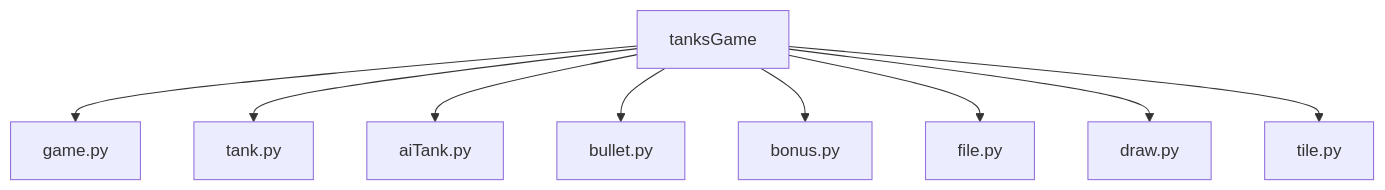
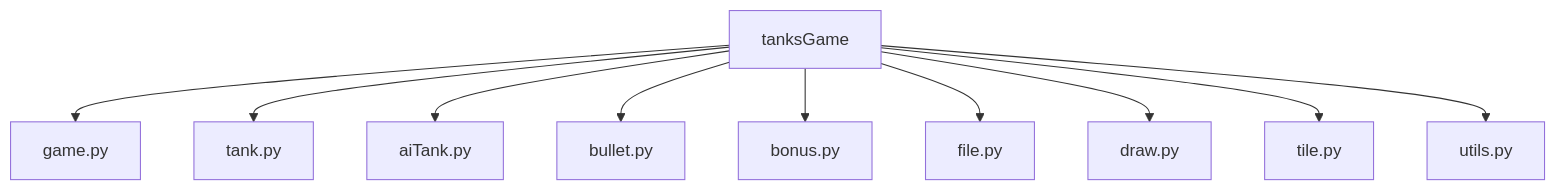
The first of 3 diagrams in src/freegames/tanksGame/README.md (rzymski/TanksBattleGame), drawn with Mermaid before and after one commit. The commit also changed other lines of this file and 6 other files, not shown here.

````diff
--- a/src/freegames/tanksGame/README.md
+++ b/src/freegames/tanksGame/README.md
@@ -214,11 +215,12 @@
 ```mermaid
 graph TD;
     A[tanksGame]-->G[game.py];
     A-->T[tank.py];
     A-->AI[aiTank.py];
     A-->BL[bullet.py];
     A-->BS[bonus.py];
     A-->F[file.py];
     A-->D[draw.py];
     A-->TL[tile.py];
+    A-->U[utils.py];
 ```
````
